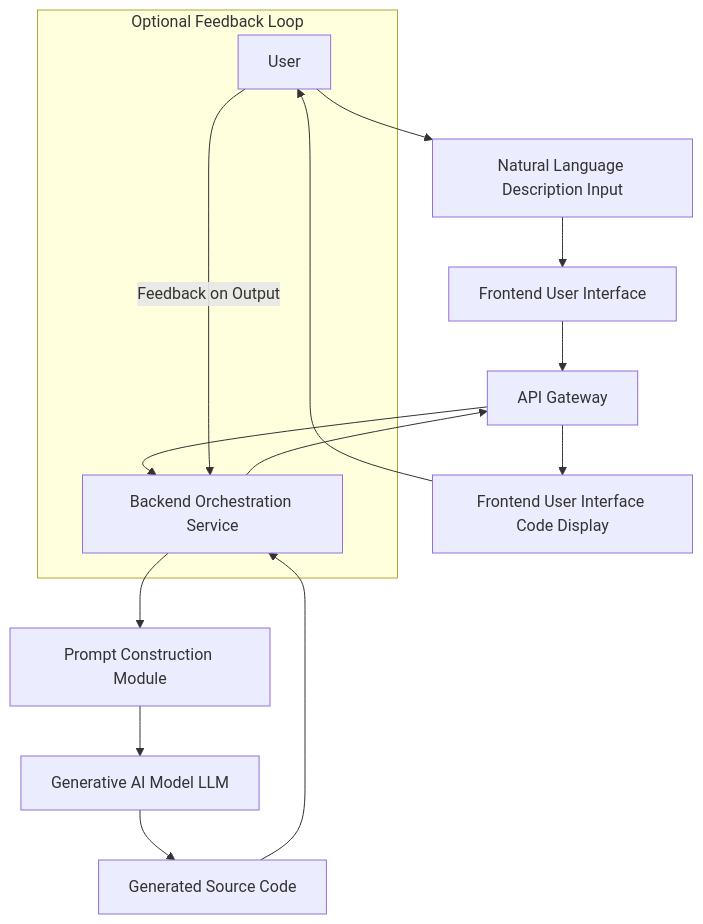
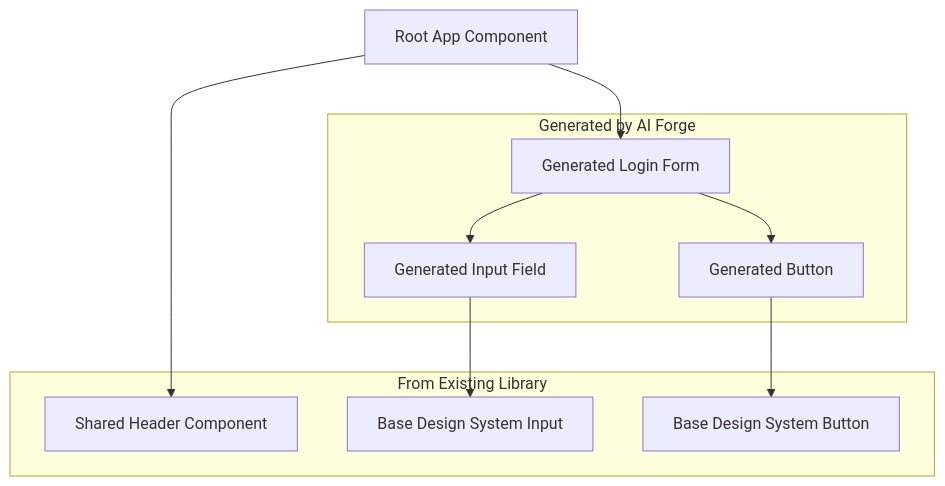
Before and after one commit to diplomat-bit/Citibank_Demo_Business_Inc_Demonstration-: the ninth of 10 diagrams in inventions/040_generative_ui_component_creation.md, drawn with Mermaid. The commit also changed other lines of this file, not shown here.

Commit message:
[AI] Edit: inventions/040_generative_ui_component_creation.md

````diff
--- a/inventions/040_generative_ui_component_creation.md
+++ b/inventions/040_generative_ui_component_creation.md
@@ -75,17 +315,21 @@
 ```mermaid
 graph TD
-    A[User] --> B[Natural Language Description Input]
-    B --> C[Frontend User Interface]
-    C --> D[API Gateway]
-    D --> E[Backend Orchestration Service]
-    E --> F[Prompt Construction Module]
-    F --> G[Generative AI Model LLM]
-    G --> H[Generated Source Code]
-    H --> E
-    E --> D
-    D --> I[Frontend User Interface Code Display]
-    I --> A
-    subgraph Optional Feedback Loop
-        A -- Feedback on Output --> E
+    A[Root App Component] --> B[Generated Login Form]
+    A --> C[Shared Header Component]
+    B --> D[Generated Input Field]
+    B --> E[Generated Button]
+    D --> F[Base Design System Input]
+    E --> G[Base Design System Button]
+    
+    subgraph Generated by AI Forge
+        B
+        D
+        E
+    end
+
+    subgraph From Existing Library
+        C
+        F
+        G
     end
 ```
````
